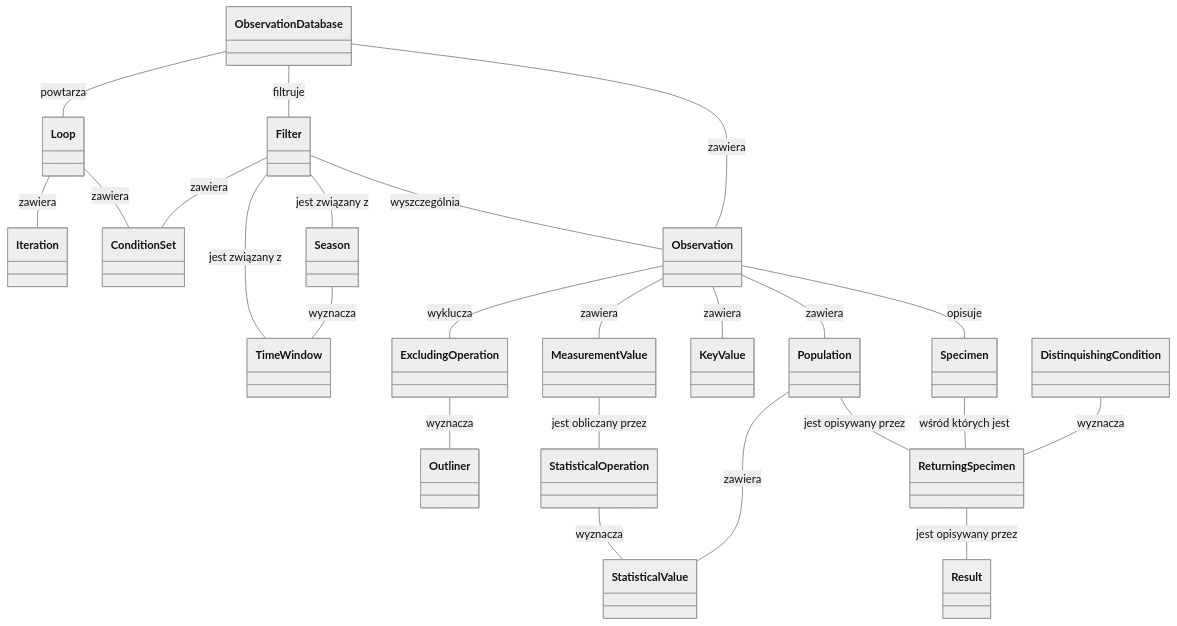
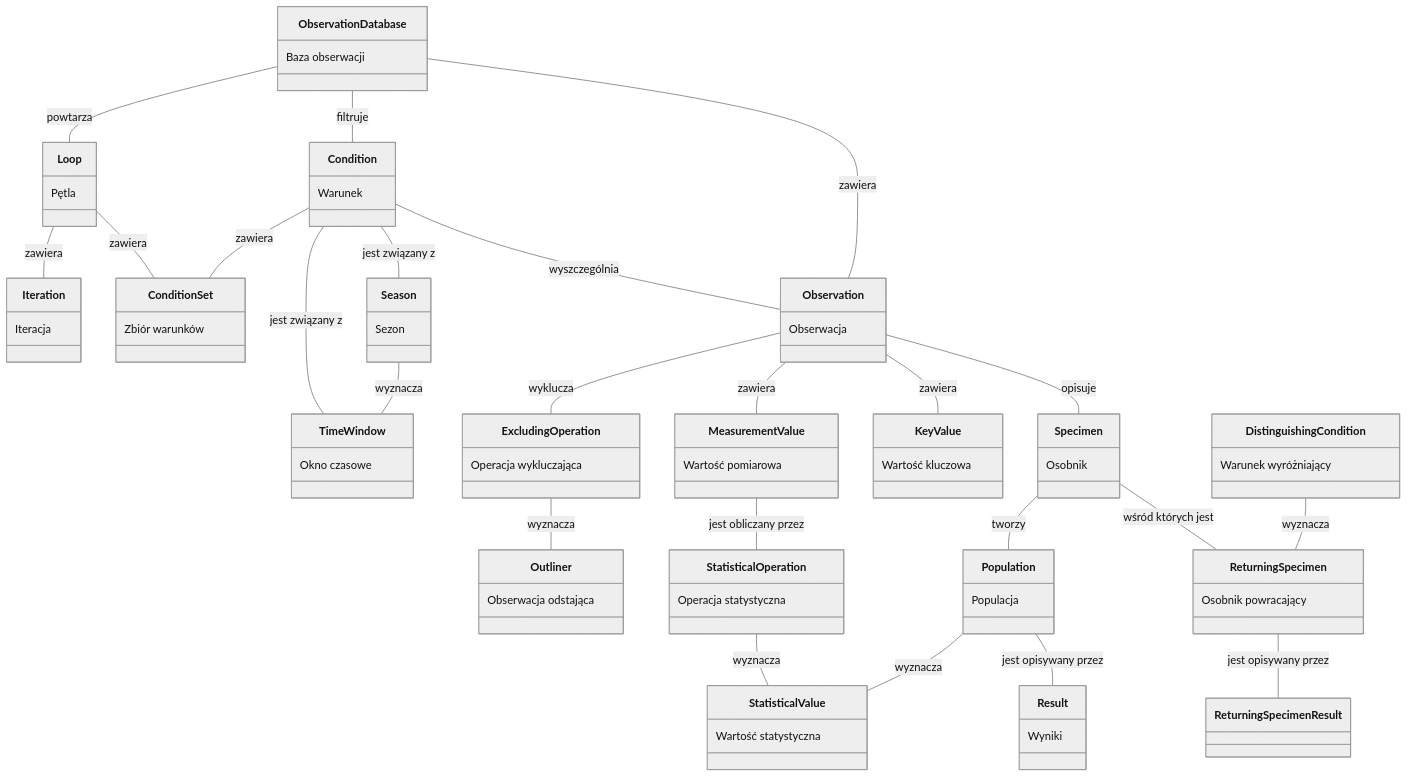
Before and after one commit to Ch3shireDev/Hirundo.NET: the diagram in Docs/DIAGRAM.md, drawn with Mermaid (neutral theme). The commit also changed 1 other file, not shown here.

Commit message:
Update domain terms

````diff
--- a/Docs/DIAGRAM.md
+++ b/Docs/DIAGRAM.md
@@ -1,37 +1,57 @@
 ```mermaid
 classDiagram
+
+ObservationDatabase : Baza obserwacji
+Observation : Obserwacja
+Specimen : Osobnik
+ReturningSpecimen : Osobnik powracający
+Population : Populacja
+KeyValue : Wartość kluczowa
+MeasurementValue : Wartość pomiarowa
+StatisticalValue : Wartość statystyczna
+Condition : Warunek
+Loop : Pętla
+Iteration : Iteracja
+StatisticalOperation : Operacja statystyczna
+Season : Sezon
+TimeWindow : Okno czasowe
+Outliner : Obserwacja odstająca
+ExcludingOperation : Operacja wykluczająca
+DistinguishingCondition : Warunek wyróżniający
+ConditionSet : Zbiór warunków
+Result : Wyniki
 
 ObservationDatabase -- Observation : zawiera
 Observation -- Specimen : opisuje
 Specimen -- ReturningSpecimen : wśród których jest
-Observation -- Population : zawiera
-Population -- ReturningSpecimen : jest opisywany przez
+Specimen -- Population : tworzy
 
 Observation -- KeyValue : zawiera
 Observation -- MeasurementValue : zawiera
-Population -- StatisticalValue : zawiera
+Population -- Result : jest opisywany przez
+Population -- StatisticalValue : wyznacza
 
-ObservationDatabase -- Filter : filtruje
-Filter -- Observation : wyszczególnia
+ObservationDatabase -- Condition : filtruje
+Condition -- Observation : wyszczególnia
 
 ObservationDatabase -- Loop : powtarza
 
 MeasurementValue -- StatisticalOperation : jest obliczany przez
 StatisticalOperation -- StatisticalValue : wyznacza
 
-Filter -- Season : jest związany z
-Filter -- TimeWindow : jest związany z
+Condition -- Season : jest związany z
+Condition -- TimeWindow : jest związany z
 Season -- TimeWindow : wyznacza
 
 Observation -- ExcludingOperation : wyklucza
 ExcludingOperation -- Outliner : wyznacza
 
-DistinquishingCondition -- ReturningSpecimen : wyznacza
+DistinguishingCondition -- ReturningSpecimen : wyznacza
 
-Filter -- ConditionSet : zawiera
+Condition -- ConditionSet : zawiera
 Loop -- ConditionSet : zawiera
 Loop -- Iteration : zawiera
 
-ReturningSpecimen -- Result : jest opisywany przez
+ReturningSpecimen -- ReturningSpecimenResult : jest opisywany przez
 
 ```
````
